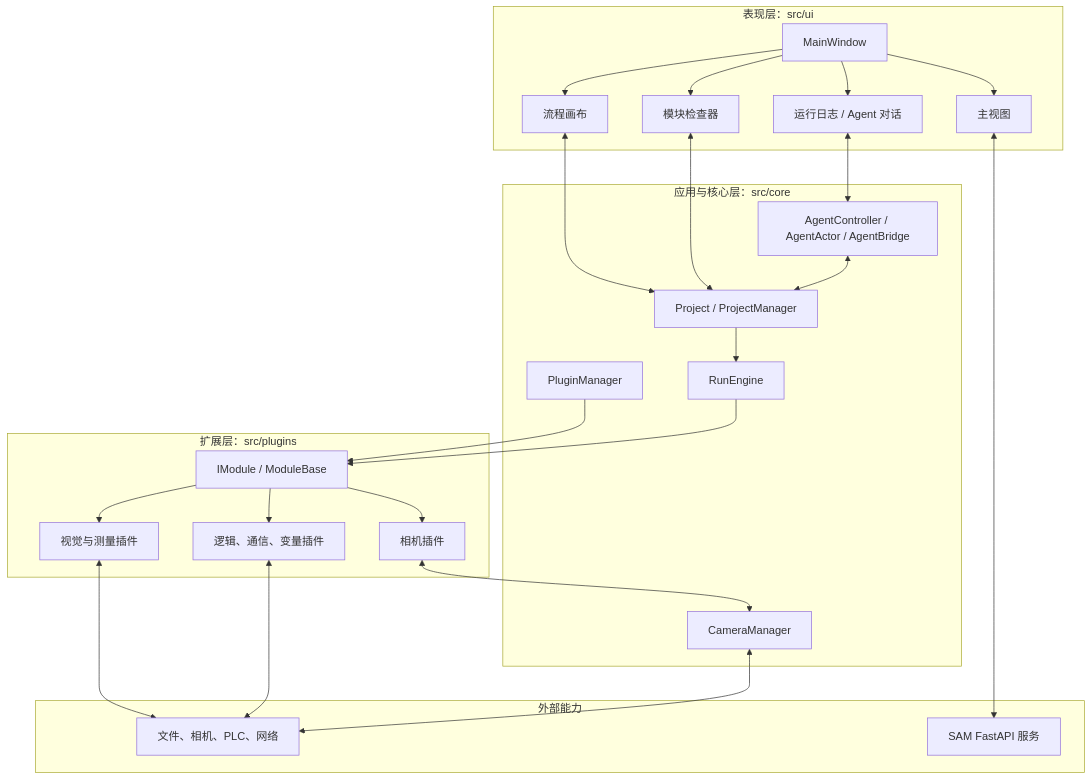
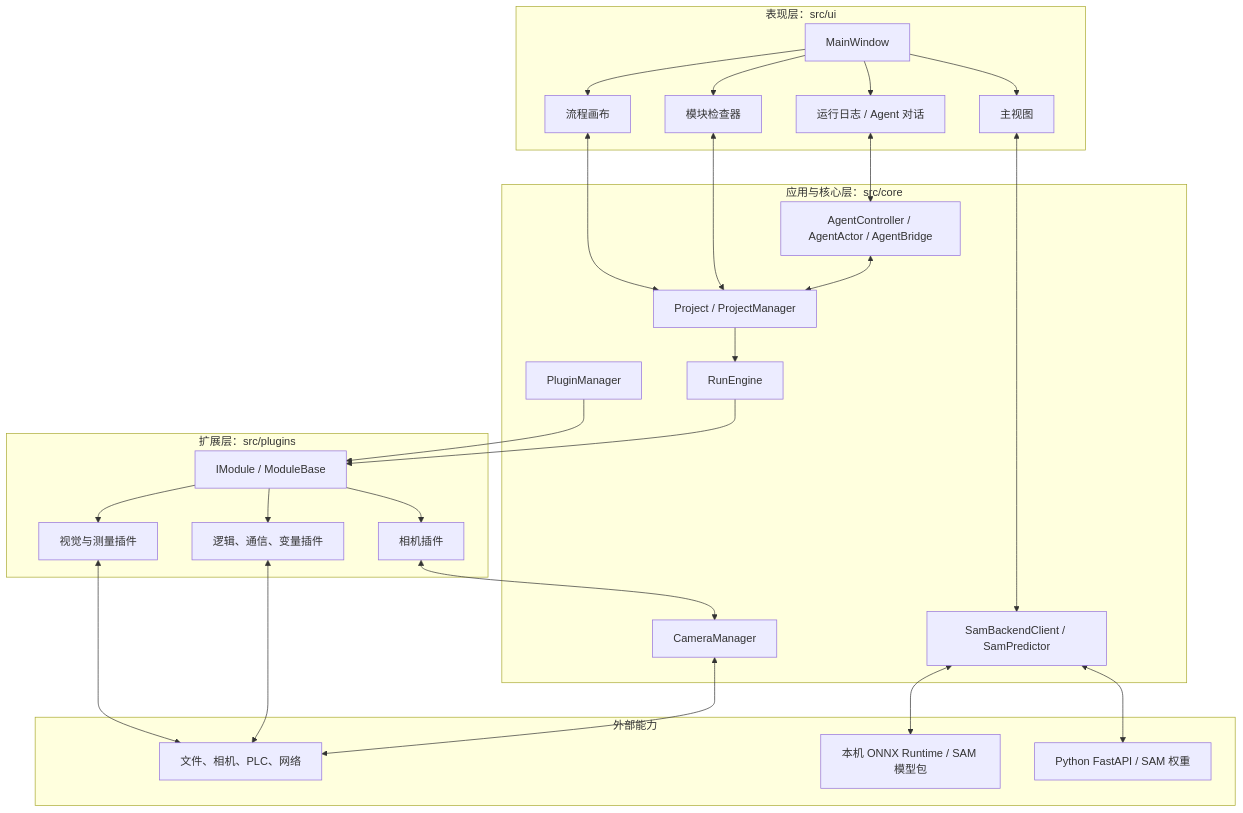
The first of 4 diagrams in docs/architecture.md (Bitfultea/DeepLux), drawn with Mermaid before and after one commit. The commit also changed other lines of this file and 3 other files, not shown here.

Commit message:
docs: align SAM guides with native backend and compact UI

````diff
--- a/docs/architecture.md
+++ b/docs/architecture.md
@@ -7,50 +7,54 @@
 ```mermaid
 flowchart TB
     subgraph Presentation[表现层：src/ui]
         MW[MainWindow]
         Canvas[流程画布]
         Viewport[主视图]
         Inspector[模块检查器]
         Log[运行日志 / Agent 对话]
     end
 
     subgraph Application[应用与核心层：src/core]
         Project[Project / ProjectManager]
         Engine[RunEngine]
         PM[PluginManager]
         Agent[AgentController / AgentActor / AgentBridge]
         Device[CameraManager]
+        SamClient[SamBackendClient / SamPredictor]
     end
 
     subgraph Extensions[扩展层：src/plugins]
         Module[IModule / ModuleBase]
         Vision[视觉与测量插件]
         Control[逻辑、通信、变量插件]
         Camera[相机插件]
     end
 
     subgraph External[外部能力]
         IO[文件、相机、PLC、网络]
-        SamServer[SAM FastAPI 服务]
+        SamNative[本机 ONNX Runtime / SAM 模型包]
+        SamServer[Python FastAPI / SAM 权重]
     end
 
     MW --> Canvas
     MW --> Viewport
     MW --> Inspector
     MW --> Log
     Canvas <--> Project
     Inspector <--> Project
     Project --> Engine
     PM --> Module
     Engine --> Module
     Module --> Vision
     Module --> Control
     Module --> Camera
     Vision <--> IO
     Control <--> IO
     Camera <--> Device
     Device <--> IO
     Agent <--> Project
     Log <--> Agent
-    Viewport <--> SamServer
+    Viewport <--> SamClient
+    SamClient <--> SamNative
+    SamClient <--> SamServer
 ```
````
